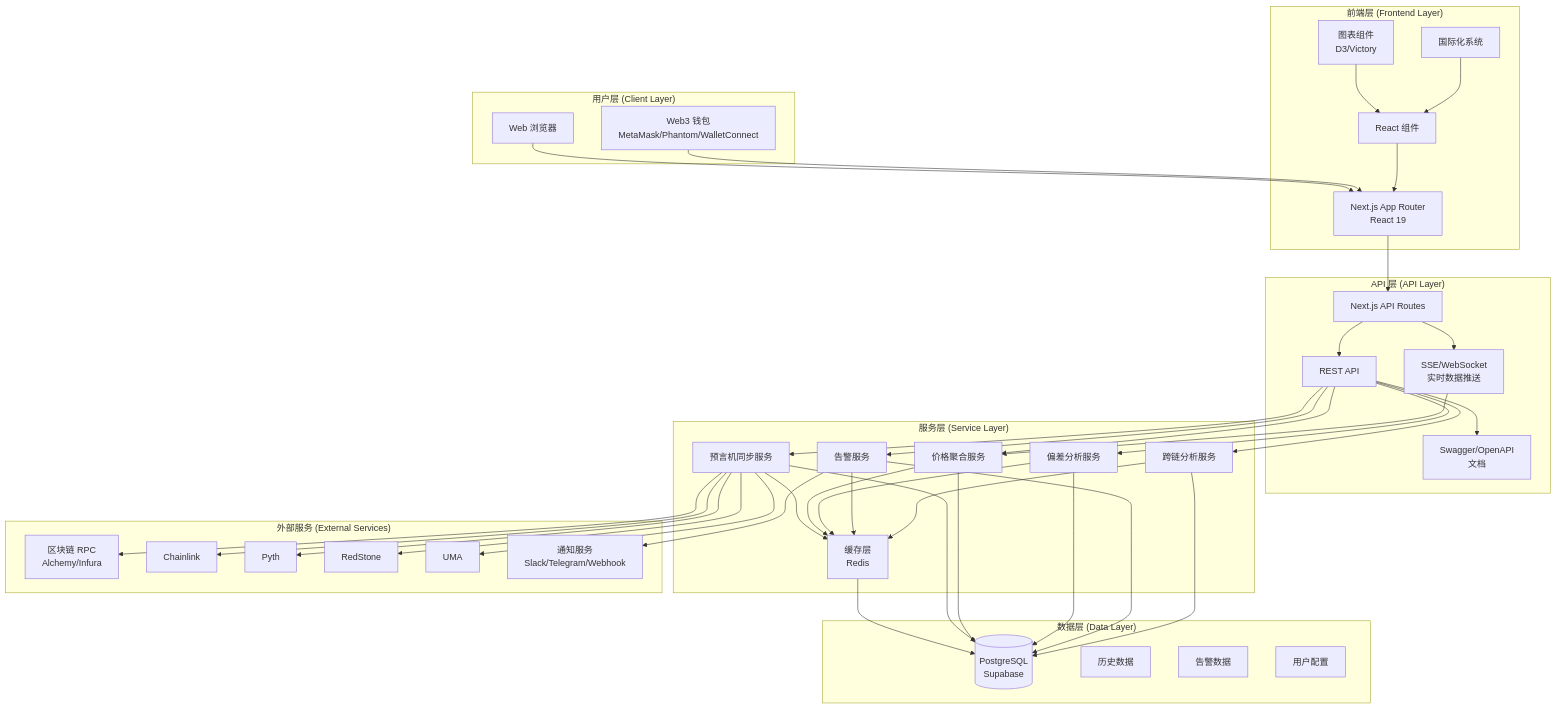
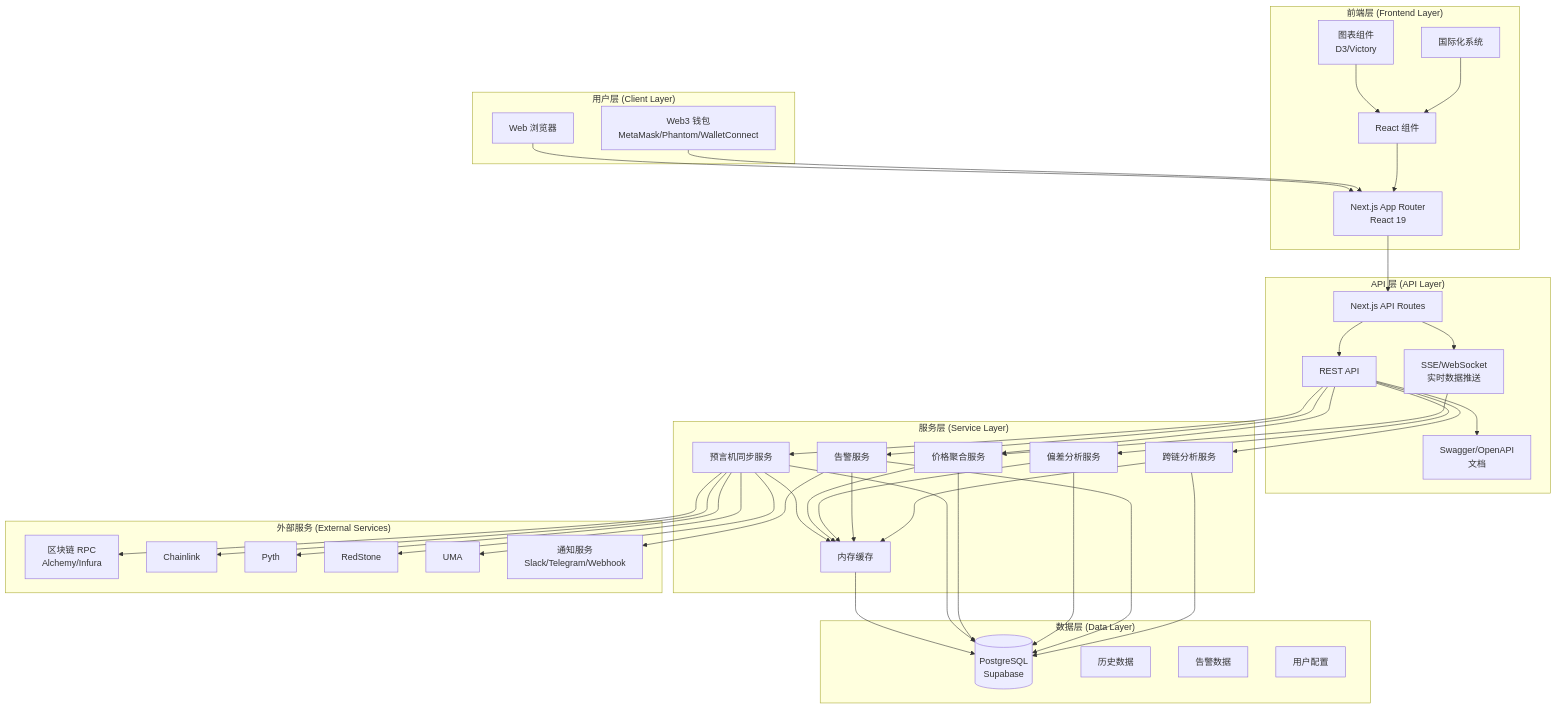
Before and after one commit to imokokok/Insight-beta: the diagram in docs/architecture/overview.md, drawn with Mermaid. The commit also changed other lines of this file and 12 other files, not shown here.

```diff
--- a/docs/architecture/overview.md
+++ b/docs/architecture/overview.md
@@ -31,7 +31,7 @@
         Deviation[偏差分析服务]
         Alert[告警服务]
         CrossChain[跨链分析服务]
-        Cache[缓存层<br/>Redis]
+        Cache[内存缓存]
     end
 
     subgraph "数据层 (Data Layer)"
```
